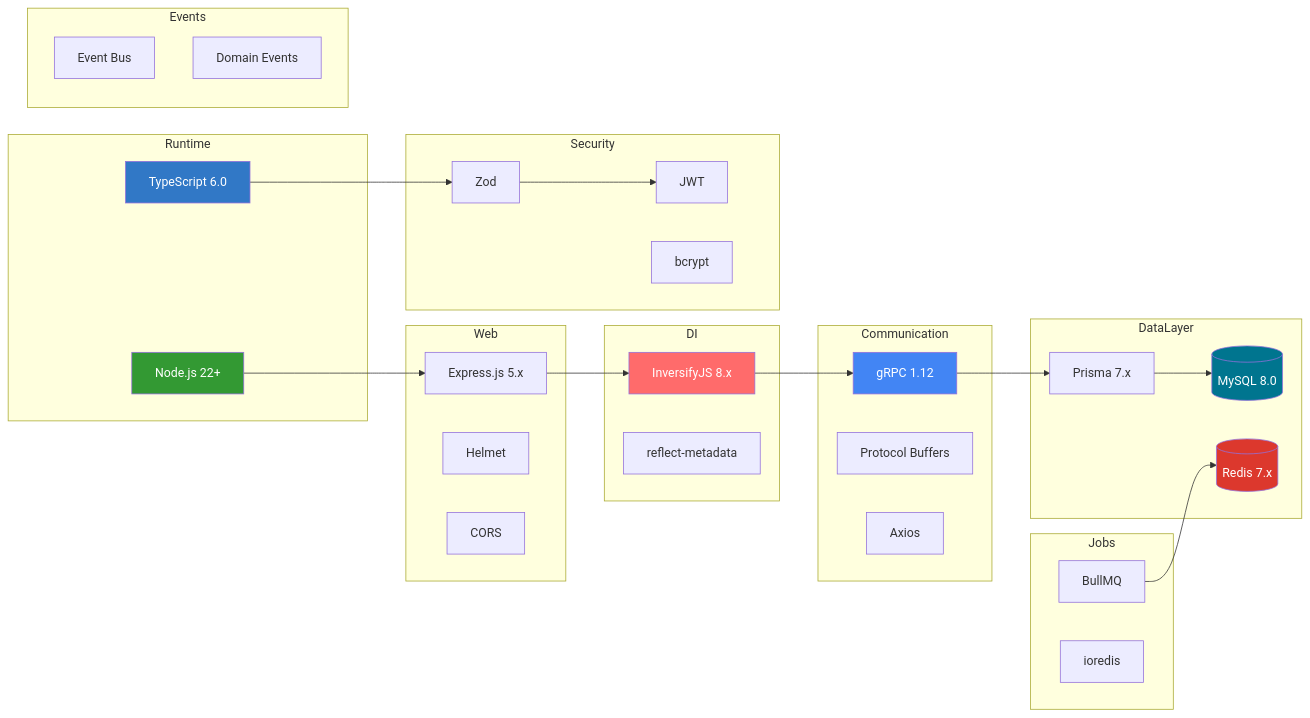
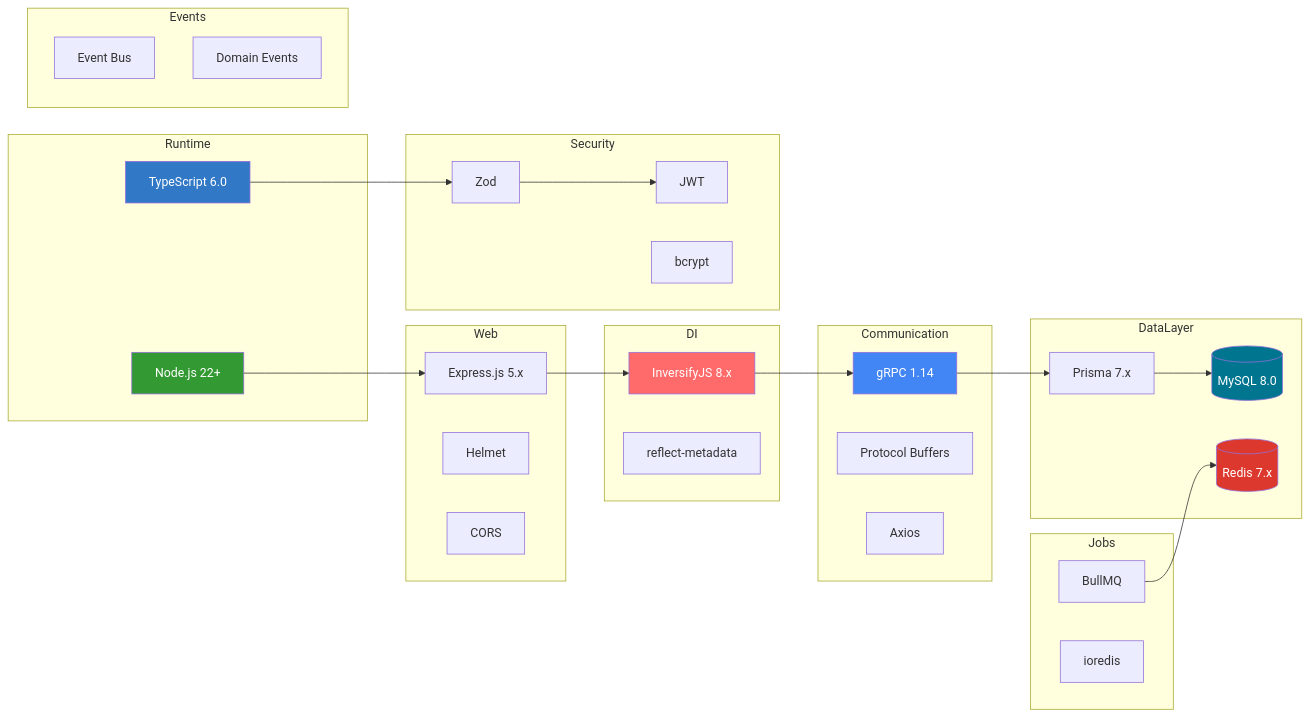
Before and after one commit to jrjohn/arcana-cloud-nodejs: diagram 12 of 17 in README.md, drawn with Mermaid. The commit also changed other lines of this file, not shown here.

Commit message:
chore(docs): sync README versions + CI badges

````diff
--- a/README.md
+++ b/README.md
@@ -568,62 +568,62 @@
 ```mermaid
 graph LR
     subgraph Runtime
         NODE["Node.js 22+"]
         TS["TypeScript 6.0"]
     end
 
     subgraph Web
         EXPRESS["Express.js 5.x"]
         HELMET["Helmet"]
         CORS["CORS"]
     end
 
     subgraph DI
         INVERSIFY["InversifyJS 8.x"]
         REFLECT["reflect-metadata"]
     end
 
     subgraph Communication
-        GRPC["gRPC 1.12"]
+        GRPC["gRPC 1.14"]
         PROTO["Protocol Buffers"]
         AXIOS["Axios"]
     end
 
     subgraph DataLayer
         PRISMA["Prisma 7.x"]
         MYSQL[("MySQL 8.0")]
         REDIS[("Redis 7.x")]
     end
 
     subgraph Security
         JWT["JWT"]
         BCRYPT["bcrypt"]
         ZOD["Zod"]
     end
 
     subgraph Jobs
         BULLMQ["BullMQ"]
         IOREDIS["ioredis"]
     end
 
     subgraph Events
         EVENTBUS["Event Bus"]
         DOMAIN["Domain Events"]
     end
 
     NODE --> EXPRESS
     EXPRESS --> INVERSIFY
     INVERSIFY --> GRPC
     GRPC --> PRISMA
     PRISMA --> MYSQL
     TS --> ZOD
     ZOD --> JWT
     BULLMQ --> REDIS
 
     style NODE fill:#339933,color:#fff
     style TS fill:#3178C6,color:#fff
     style INVERSIFY fill:#FF6B6B,color:#fff
     style GRPC fill:#4285F4,color:#fff
     style MYSQL fill:#00758F,color:#fff
     style REDIS fill:#DC382D,color:#fff
 ```
````
